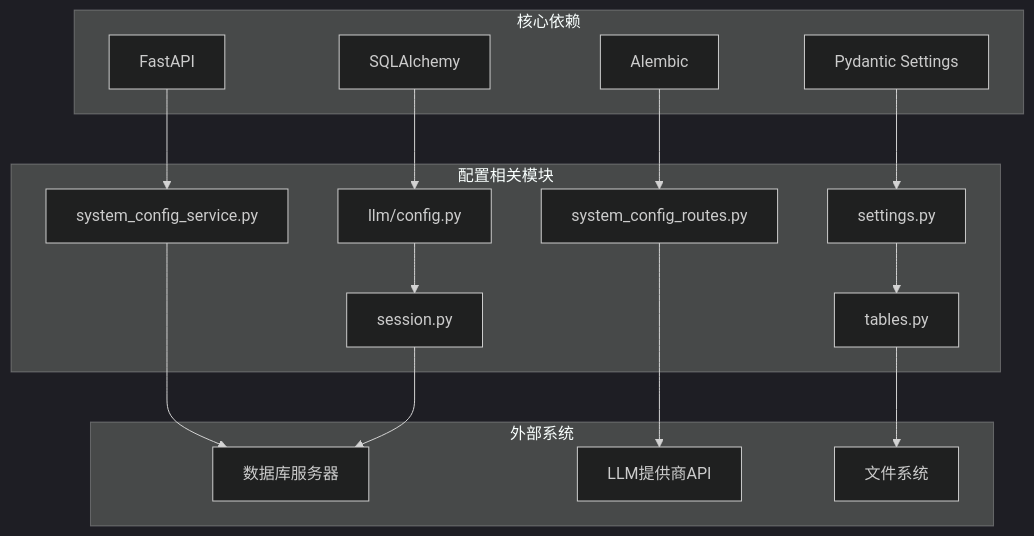
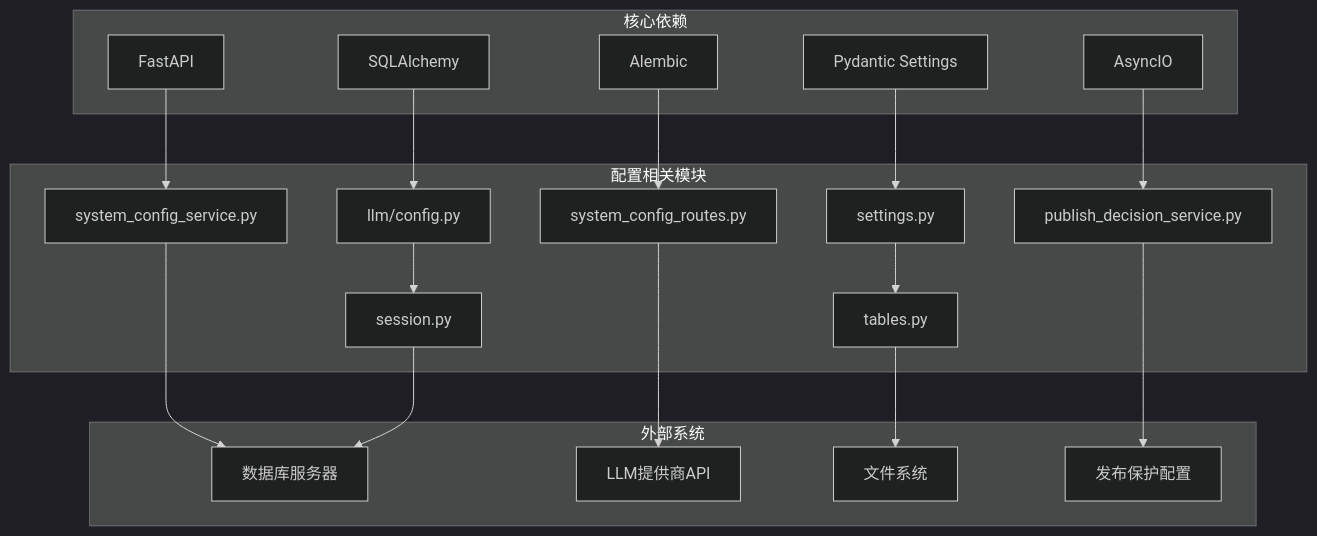
One commit to sansansansansan2022-web/hotclaw changed the eighth of 8 diagrams in .qoder/repowiki/zh/content/数据库设计/系统配置管理.md. Above: the diagram before and after it, drawn with Mermaid (dark theme). The commit also changed other lines of this file and 44 other files, not shown here.

````diff
--- a/.qoder/repowiki/zh/content/数据库设计/系统配置管理.md
+++ b/.qoder/repowiki/zh/content/数据库设计/系统配置管理.md
@@ -313,32 +396,37 @@
 ```mermaid
 graph TB
 subgraph "核心依赖"
 A[Pydantic Settings]
 B[SQLAlchemy]
 C[FastAPI]
 D[Alembic]
+E[AsyncIO]
 end
 subgraph "配置相关模块"
-E[settings.py]
-F[llm/config.py]
-G[system_config_service.py]
-H[system_config_routes.py]
-I[tables.py]
-J[session.py]
+F[settings.py]
+G[llm/config.py]
+H[system_config_service.py]
+I[system_config_routes.py]
+J[tables.py]
+K[session.py]
+L[publish_decision_service.py]
 end
 subgraph "外部系统"
-K[数据库服务器]
-L[LLM提供商API]
-M[文件系统]
+M[数据库服务器]
+N[LLM提供商API]
+O[文件系统]
+P[发布保护配置]
 end
-A --> E
-B --> F
-C --> G
-D --> H
-E --> I
+A --> F
+B --> G
+C --> H
+D --> I
+E --> L
 F --> J
 G --> K
-H --> L
-I --> M
-J --> K
+H --> M
+I --> N
+J --> O
+K --> M
+L --> P
 ```
````
